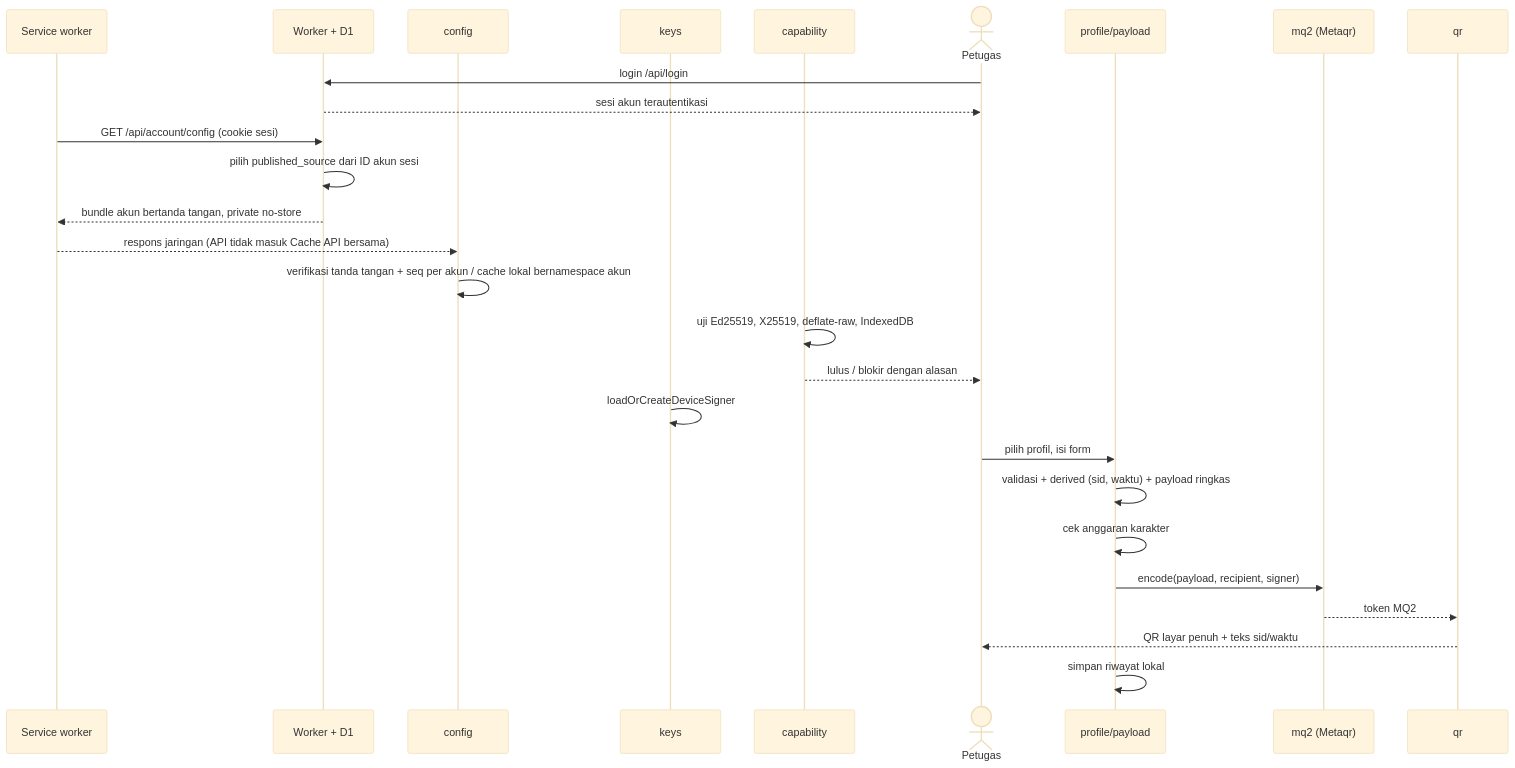
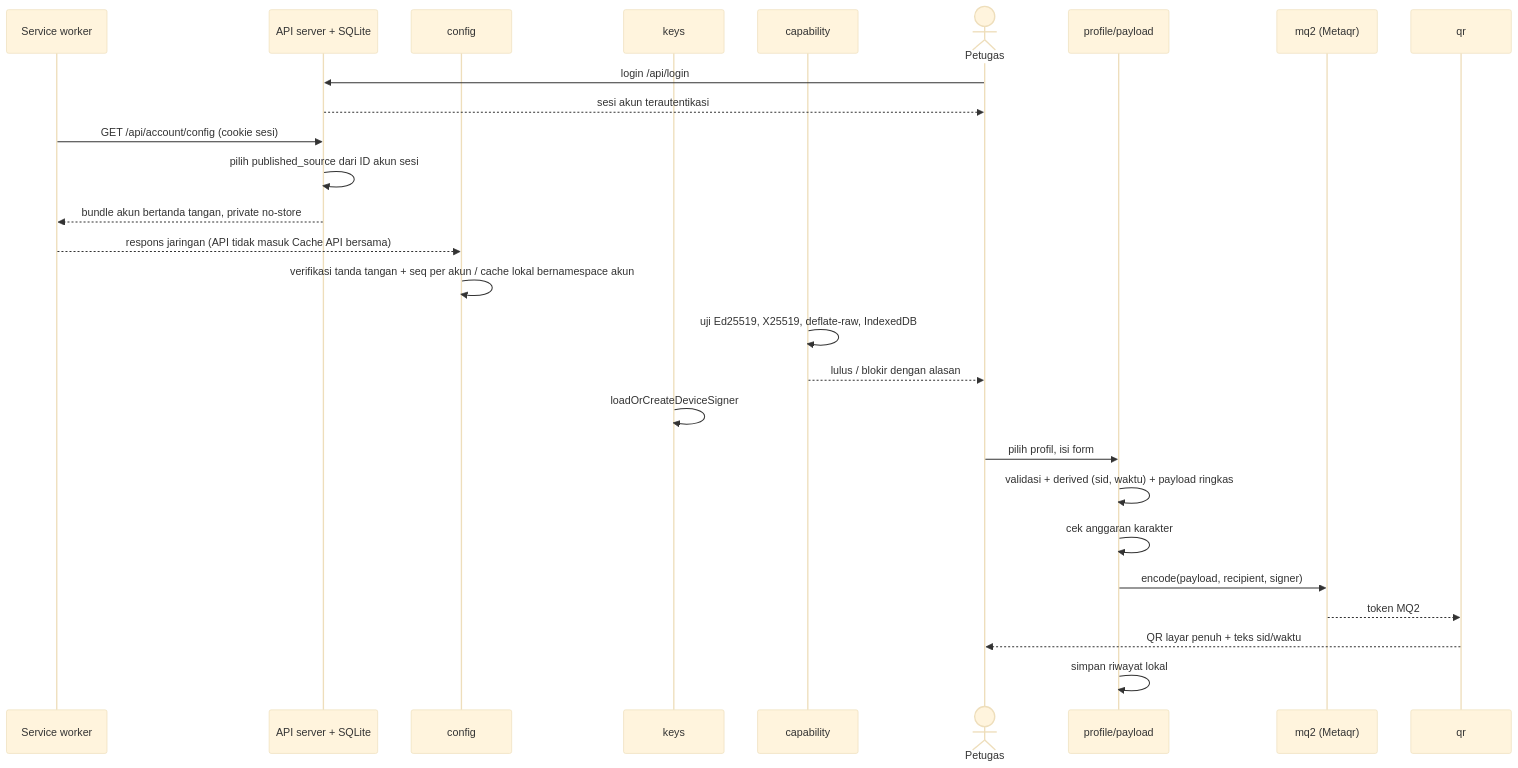
Before and after one commit to progstay17/AITQR: the diagram in ARCHITECTURE.md, drawn with Mermaid (base theme). The commit also changed other lines of this file and 20 other files, not shown here.

````diff
--- a/ARCHITECTURE.md
+++ b/ARCHITECTURE.md
@@ -86,29 +86,29 @@
 ```mermaid
 sequenceDiagram
   participant SW as Service worker
-  participant W as Worker + D1
+  participant W as API server + SQLite
   participant C as config
   participant K as keys
   participant CAP as capability
   actor Op as Petugas
   participant P as profile/payload
   participant M as mq2 (Metaqr)
   participant Q as qr
   Op->>W: login /api/login
   W-->>Op: sesi akun terautentikasi
   SW->>W: GET /api/account/config (cookie sesi)
   W->>W: pilih published_source dari ID akun sesi
   W-->>SW: bundle akun bertanda tangan, private no-store
   SW-->>C: respons jaringan (API tidak masuk Cache API bersama)
   C->>C: verifikasi tanda tangan + seq per akun / cache lokal bernamespace akun
   CAP->>CAP: uji Ed25519, X25519, deflate-raw, IndexedDB
   CAP-->>Op: lulus / blokir dengan alasan
   K->>K: loadOrCreateDeviceSigner
   Op->>P: pilih profil, isi form
   P->>P: validasi + derived (sid, waktu) + payload ringkas
   P->>P: cek anggaran karakter
   P->>M: encode(payload, recipient, signer)
   M-->>Q: token MQ2
   Q-->>Op: QR layar penuh + teks sid/waktu
   P->>P: simpan riwayat lokal
 ```
````
